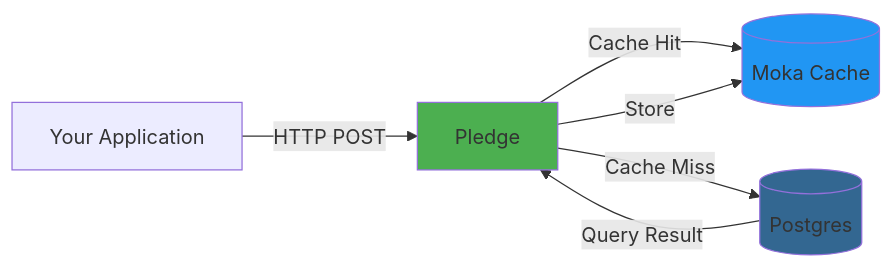
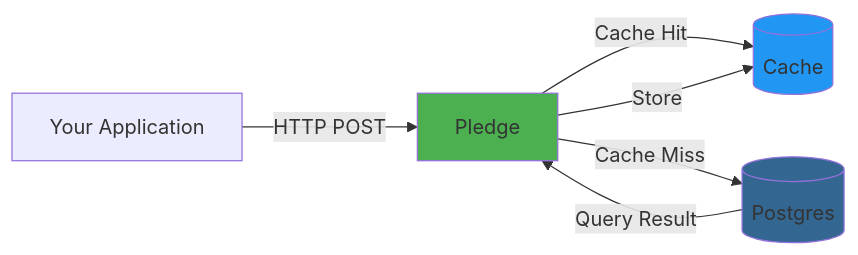
Before and after one commit to Mauge9638/pledge: the diagram in README.md, drawn with Mermaid. The commit also changed other lines of this file, not shown here.

Commit message:
Update readme to reflect transition away from moka to own cache

````diff
--- a/README.md
+++ b/README.md
@@ -16,11 +16,11 @@
 ```mermaid
 graph LR
     A[Your Application] -->|HTTP POST| B[Pledge]
-    B -->|Cache Hit| C[(Moka Cache)]
+    B -->|Cache Hit| C[(Cache)]
     B -->|Cache Miss| D[(Postgres)]
     D -->|Query Result| B
     B -->|Store| C
     style B fill:#4CAF50
     style C fill:#2196F3
     style D fill:#336791
 ```
````
